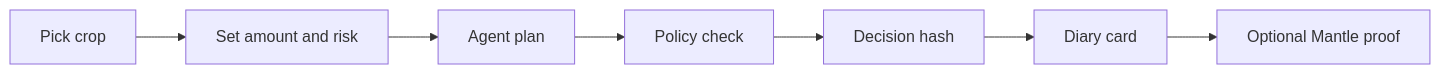
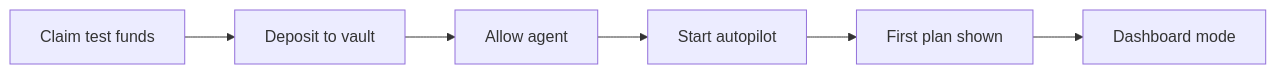
The diagram in README.md (Gardenaz/app), drawn with Mermaid before and after one commit. The commit also changed other lines of this file and 75 other files, not shown here.

First line of the commit message:
feat: restructure app layout, integrate autopilot policy, and enhance companion UI

````diff
--- a/README.md
+++ b/README.md
@@ -86,9 +32,8 @@
 ```mermaid
 flowchart LR
-    A[Pick crop] --> B[Set amount and risk]
-    B --> C[Agent plan]
-    C --> D[Policy check]
-    D --> E[Decision hash]
-    E --> F[Diary card]
-    F --> G[Optional Mantle proof]
+    A[Claim test funds] --> B[Deposit to vault]
+    B --> C[Allow agent]
+    C --> D[Start autopilot]
+    D --> E[First plan shown]
+    E --> F[Dashboard mode]
 ```
````
